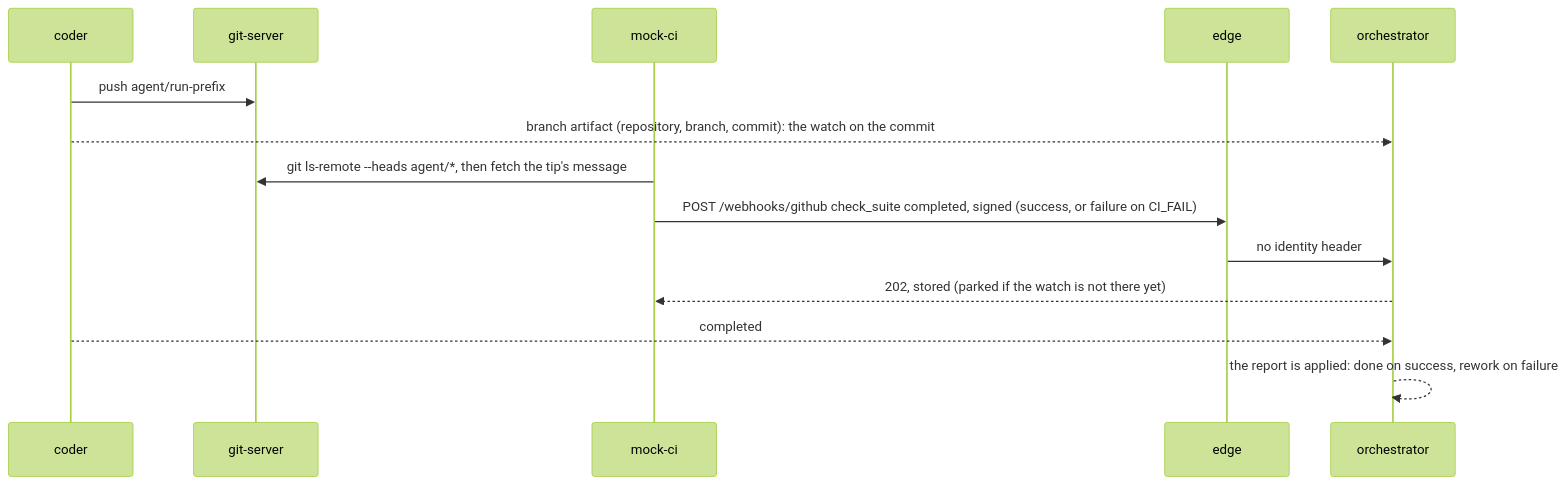
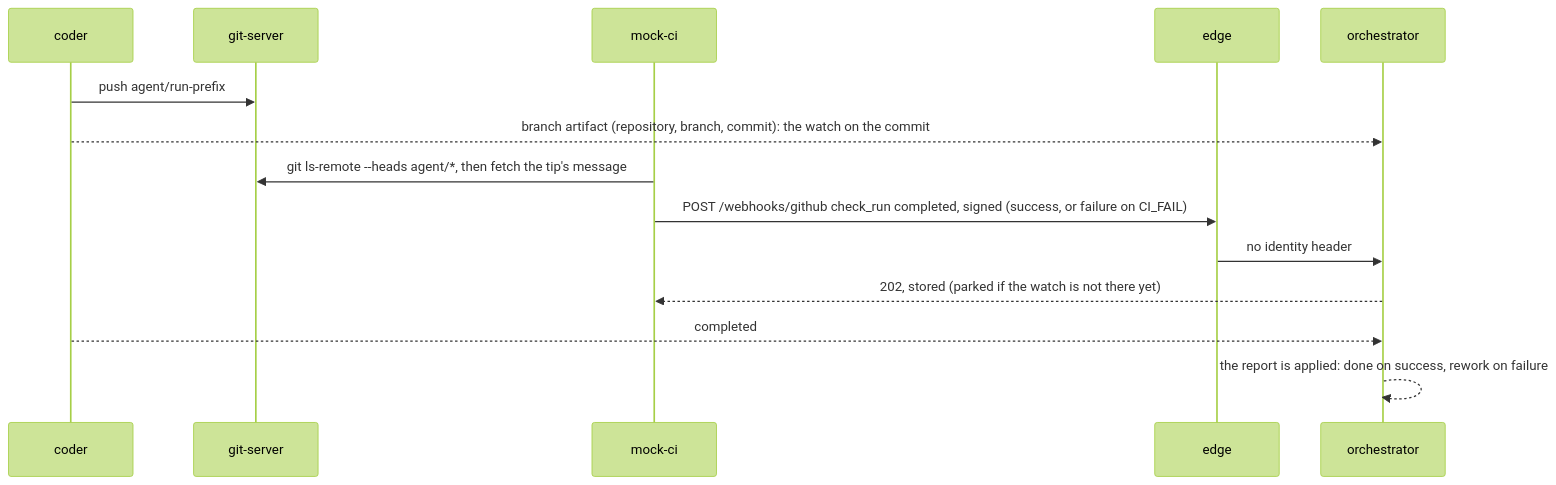
Diagram 11 of 14 in dev/README.md (vymalo/another-agentic-system), drawn with Mermaid (forest theme) before and after one commit. The commit also changed other lines of this file and 76 other files, not shown here.

````diff
--- a/dev/README.md
+++ b/dev/README.md
@@ -545,16 +555,16 @@
 ```mermaid
 sequenceDiagram
   participant C as coder
   participant G as git-server
   participant M as mock-ci
   participant E as edge
   participant O as orchestrator
   C->>G: push agent/run-prefix
   C-->>O: branch artifact (repository, branch, commit): the watch on the commit
   M->>G: git ls-remote --heads agent/*, then fetch the tip's message
-  M->>E: POST /webhooks/github check_suite completed, signed (success, or failure on CI_FAIL)
+  M->>E: POST /webhooks/github check_run completed, signed (success, or failure on CI_FAIL)
   E->>O: no identity header
   O-->>M: 202, stored (parked if the watch is not there yet)
   C-->>O: completed
   O-->>O: the report is applied: done on success, rework on failure
 ```
````
